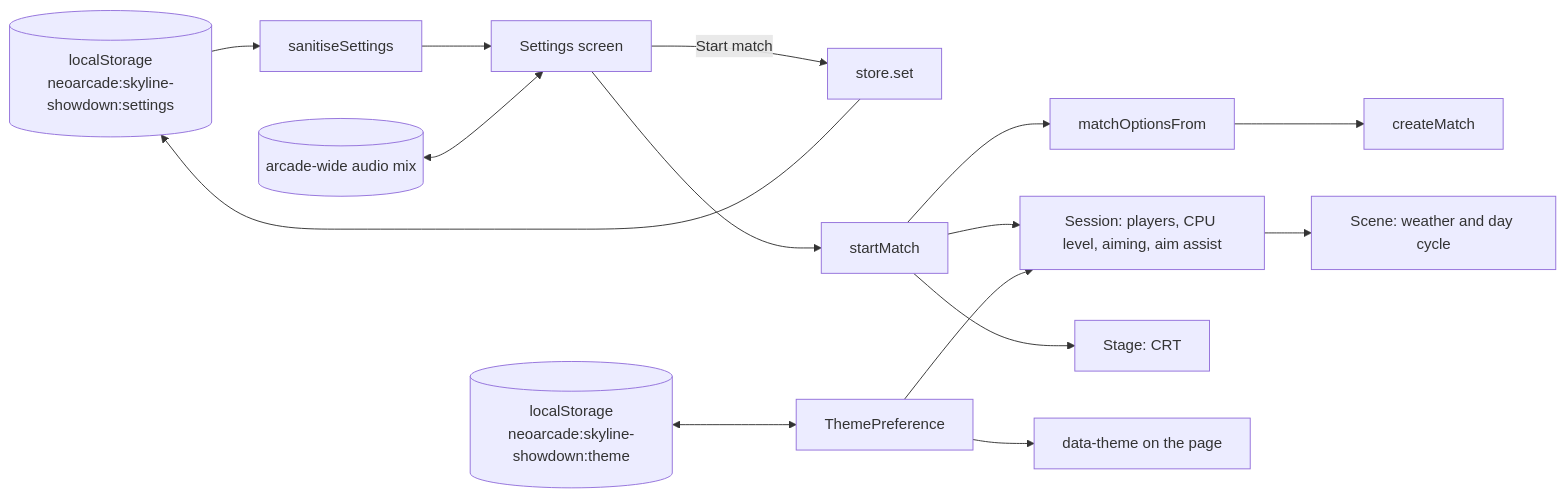
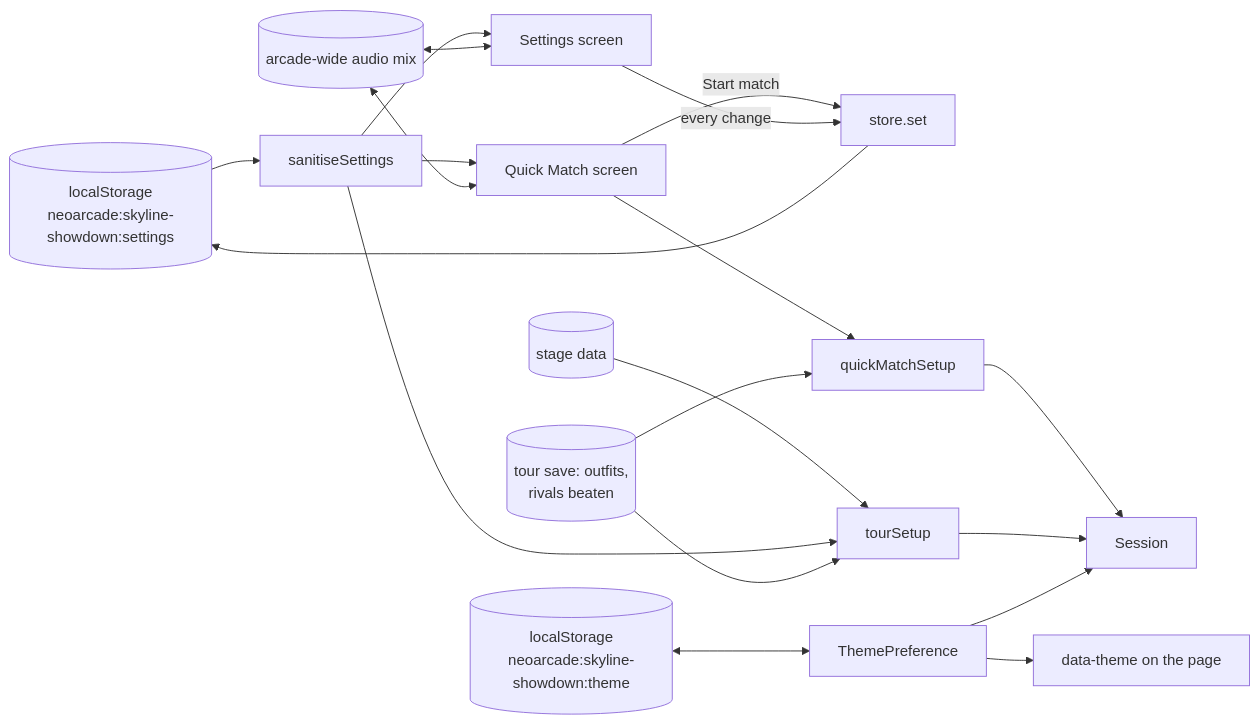
One commit to agunawijaya/NeoArcade changed the eighth of 8 diagrams in ports/skyline-showdown/docs/ARCHITECTURE.md. Above: the diagram before and after it, drawn with Mermaid. The commit also changed other lines of this file and 97 other files, not shown here.

First line of the commit message:
Add World Tour, rivals and wardrobe to Skyline Showdown

````diff
--- a/ports/skyline-showdown/docs/ARCHITECTURE.md
+++ b/ports/skyline-showdown/docs/ARCHITECTURE.md
@@ -270,15 +551,20 @@
 ```mermaid
 flowchart LR
   storage[("localStorage<br/>neoarcade:skyline-showdown:settings")] --> sanitise[sanitiseSettings]
-  sanitise --> screen[Settings screen]
-  screen -->|Start match| save[store.set] --> storage
-  screen --> start[startMatch]
-  start --> options[matchOptionsFrom] --> engine[createMatch]
-  start --> session[Session: players, CPU level, aiming, aim assist]
-  start --> stage[Stage: CRT]
-  theme[("localStorage<br/>neoarcade:skyline-showdown:theme")] <--> prefs[ThemePreference]
-  prefs --> page[data-theme on the page]
-  prefs --> session
-  session --> scene[Scene: weather and day cycle]
-  mix[("arcade-wide audio mix")] <--> screen
+  sanitise --> quick[Quick Match screen]
+  sanitise --> prefs[Settings screen]
+  quick -->|Start match| saved[store.set] --> storage
+  prefs -->|every change| saved
+  quick --> qsetup[quickMatchSetup]
+  stage[(stage data)] --> tsetup[tourSetup]
+  sanitise --> tsetup
+  tour[("tour save: outfits,<br/>rivals beaten")] --> qsetup
+  tour --> tsetup
+  qsetup --> session[Session]
+  tsetup --> session
+  theme[("localStorage<br/>neoarcade:skyline-showdown:theme")] <--> themePref[ThemePreference]
+  themePref --> page[data-theme on the page]
+  themePref --> session
+  mix[("arcade-wide audio mix")] <--> quick
+  mix <--> prefs
 ```
````
